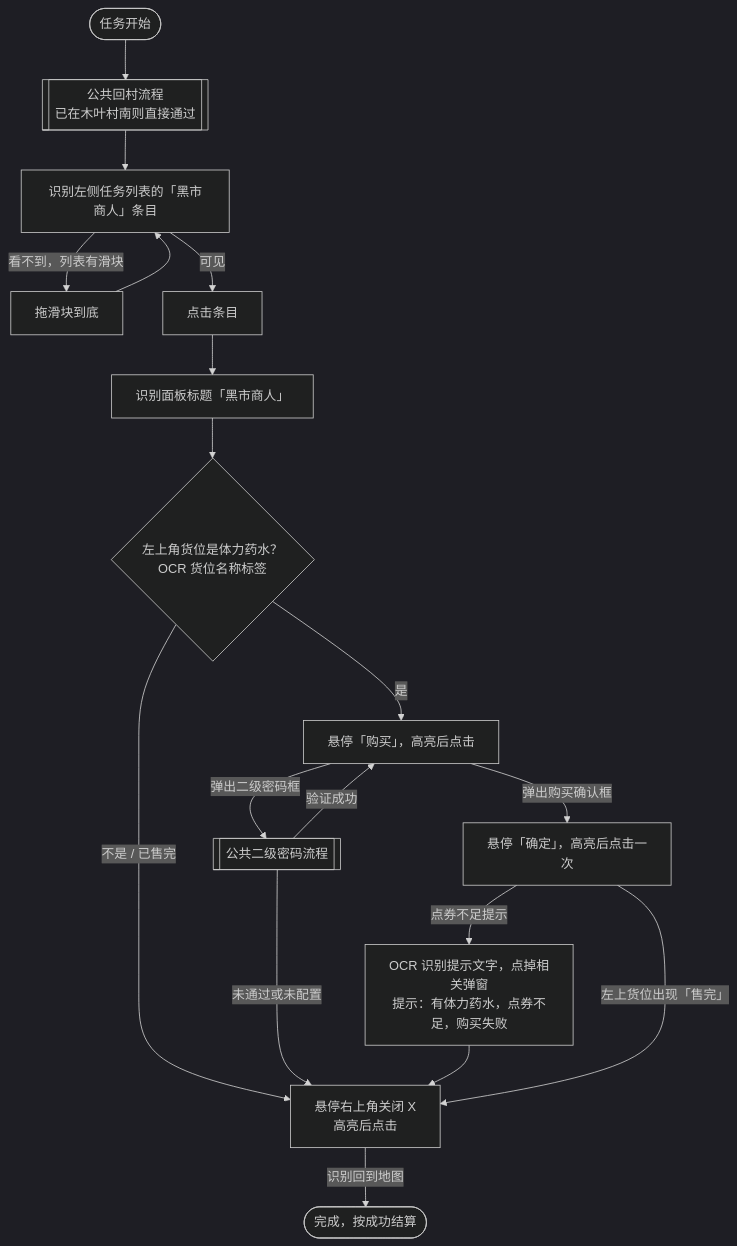
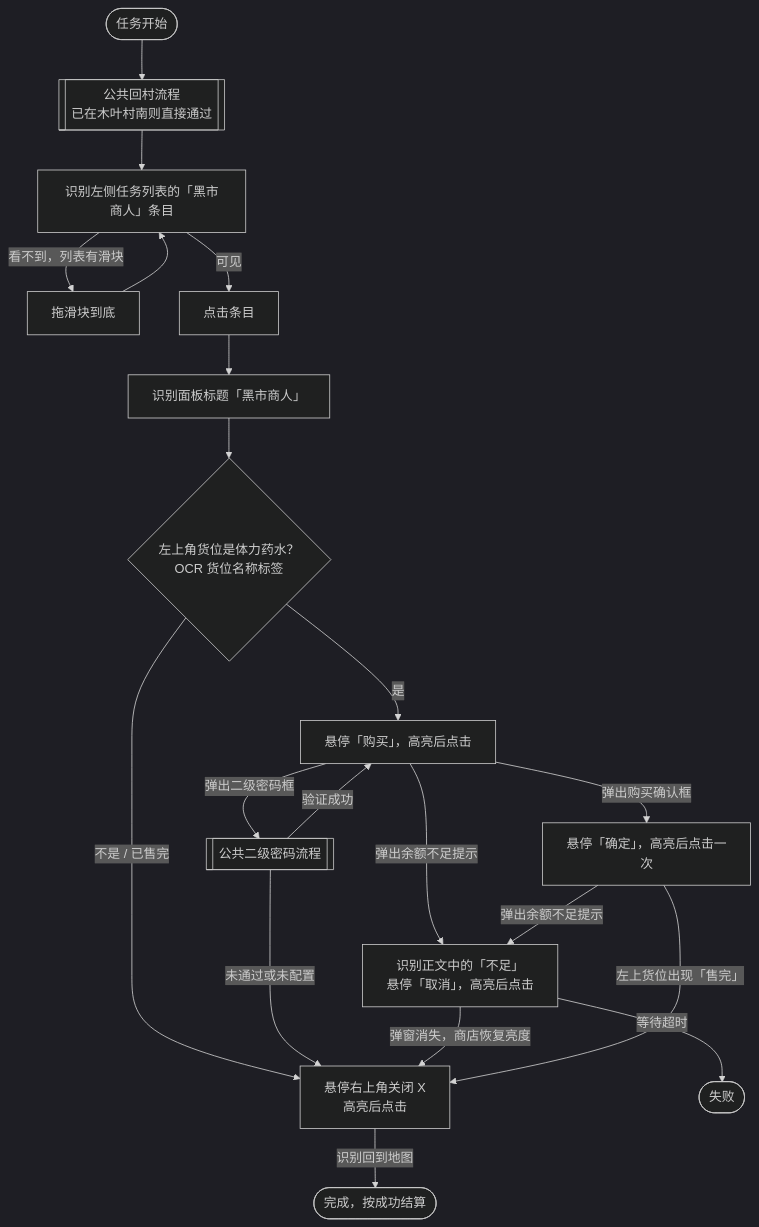
Before and after one commit to ArcherSore/MaaNOP: the diagram in docs/zh_cn/流程图/黑市商人.md, drawn with Mermaid (dark theme). The commit also changed 1 other file, not shown here.

Commit message:
fix: 完善黑市商人余额不足弹窗处理

````diff
--- a/docs/zh_cn/流程图/黑市商人.md
+++ b/docs/zh_cn/流程图/黑市商人.md
@@ -9,20 +9,22 @@
 ```mermaid
 flowchart TD
     Start([任务开始]) --> Return[["公共回村流程<br/>已在木叶村南则直接通过"]]
     Return --> Entry["识别左侧任务列表的「黑市商人」条目"]
     Entry -->|看不到，列表有滑块| Drag["拖滑块到底"]
     Drag --> Entry
     Entry -->|可见| Click["点击条目"]
     Click --> Panel["识别面板标题「黑市商人」"]
     Panel --> Slot{"左上角货位是体力药水？<br/>OCR 货位名称标签"}
     Slot -->|不是 / 已售完| Close
     Slot -->|是| Buy["悬停「购买」，高亮后点击"]
     Buy -->|弹出二级密码框| Password[["公共二级密码流程"]]
     Password -->|验证成功| Buy
     Password -->|未通过或未配置| Close
     Buy -->|弹出购买确认框| Confirm["悬停「确定」，高亮后点击一次"]
-    Confirm -->|点券不足提示| Poor["OCR 识别提示文字，点掉相关弹窗<br/>提示：有体力药水，点券不足，购买失败"]
-    Poor --> Close
+    Buy -->|弹出余额不足提示| Poor["识别正文中的「不足」<br/>悬停「取消」，高亮后点击"]
+    Confirm -->|弹出余额不足提示| Poor
+    Poor -->|弹窗消失，商店恢复亮度| Close
+    Poor -->|等待超时| Failed([失败])
     Confirm -->|左上货位出现「售完」| Close["悬停右上角关闭 X<br/>高亮后点击"]
     Close -->|识别回到地图| Done([完成，按成功结算])
 ```
````
